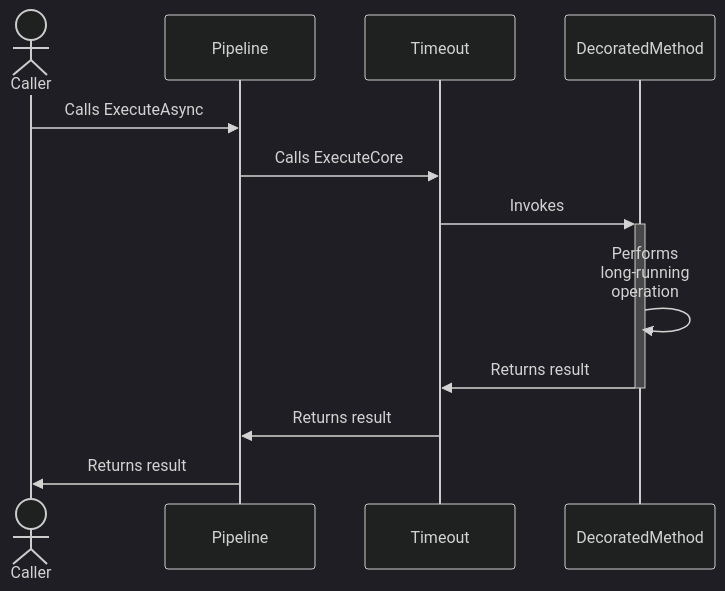
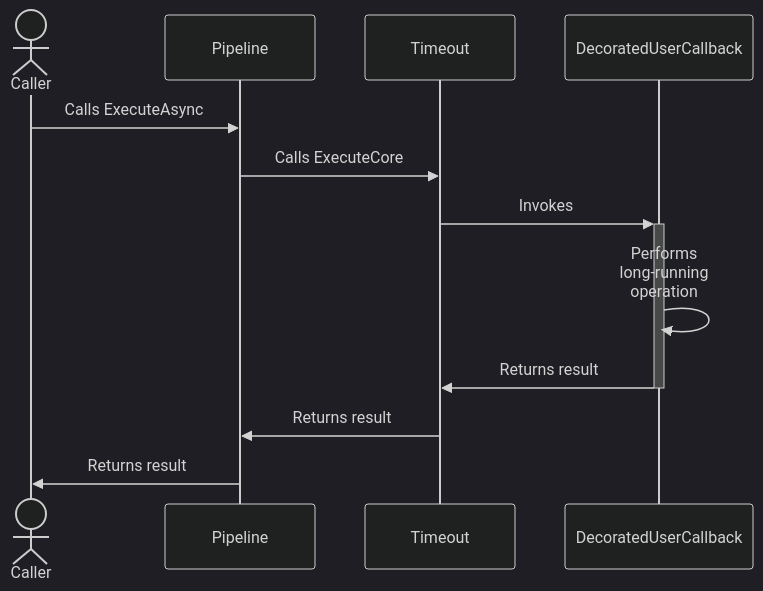
One commit to App-vNext/Polly changed the first of 2 diagrams in docs/strategies/timeout.md. Above: the diagram before and after it, drawn with Mermaid. The commit also changed other lines of this file and 3 other files, not shown here.

First line of the commit message:
[Docs] Add sequence diagrams to fallback, retry, and rate limiter (#1702)

````diff
--- a/docs/strategies/timeout.md
+++ b/docs/strategies/timeout.md
@@ -85,16 +85,16 @@
 ```mermaid
 %%{init: {'theme':'dark'}}%%
 sequenceDiagram
     actor C as Caller
     participant P as Pipeline
     participant T as Timeout
-    participant DM as DecoratedMethod
+    participant D as DecoratedUserCallback
 
     C->>P: Calls ExecuteAsync
     P->>T: Calls ExecuteCore
-    T->>+DM: Invokes
-    DM->>DM: Performs <br/>long-running <br/>operation
-    DM->>-T: Returns result
+    T->>+D: Invokes
+    D->>D: Performs <br/>long-running <br/>operation
+    D->>-T: Returns result
     T->>P: Returns result
     P->>C: Returns result
 ```
````
